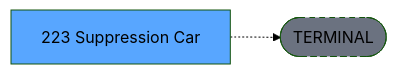
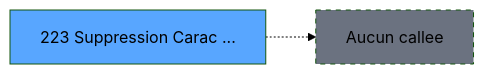
Before and after one commit to thonyAGP/magic-migration: the third of 3 diagrams in .openspec/specs/ADH-IDE-223.md, drawn with Mermaid (forest theme). The commit also changed other lines of this file and 493 other files, not shown here.

````diff
--- a/.openspec/specs/ADH-IDE-223.md
+++ b/.openspec/specs/ADH-IDE-223.md
@@ -138,8 +169,8 @@
 ```mermaid
 graph LR
-    T[223 Suppression Car]
-    TERM([TERMINAL])
-    T -.-> TERM
-    style TERM fill:#6b7280,stroke-dasharray: 5 5
-    style T fill:#58a6ff,color:#000
+    T223[223 Suppression Carac ...]
+    style T223 fill:#58a6ff
+    NONE[Aucun callee]
+    T223 -.-> NONE
+    style NONE fill:#6b7280,stroke-dasharray: 5 5
 ```
````
